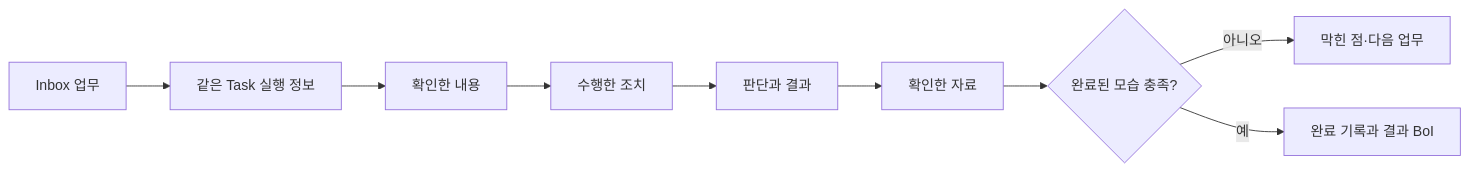
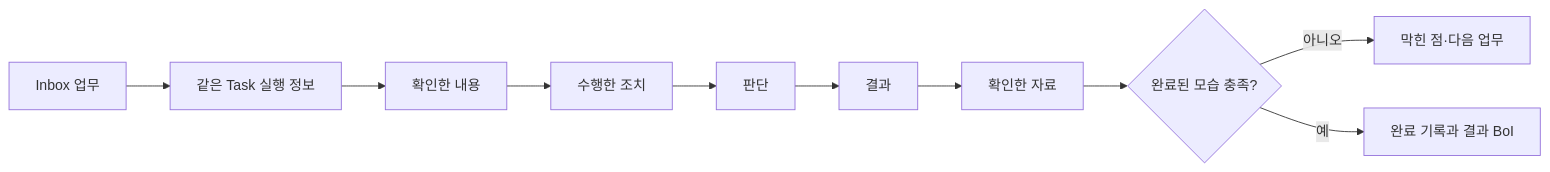
The first of 2 diagrams in data/boi/public/boi-wiki-manual/workflows/task-execution-ontology-guide.md (chokukil/boi-wiki), drawn with Mermaid before and after one commit. The commit also changed other lines of this file and 11 other files, not shown here.

````diff
--- a/data/boi/public/boi-wiki-manual/workflows/task-execution-ontology-guide.md
+++ b/data/boi/public/boi-wiki-manual/workflows/task-execution-ontology-guide.md
@@ -53,11 +54,12 @@
 ```mermaid
 flowchart LR
   INBOX["Inbox 업무"] --> SNAPSHOT["같은 Task 실행 정보"]
   SNAPSHOT --> OBSERVE["확인한 내용"]
   OBSERVE --> ACT["수행한 조치"]
-  ACT --> DECIDE["판단과 결과"]
-  DECIDE --> EVIDENCE["확인한 자료"]
+  ACT --> DECIDE["판단"]
+  DECIDE --> RESULT["결과"]
+  RESULT --> EVIDENCE["확인한 자료"]
   EVIDENCE --> VERIFY{"완료된 모습 충족?"}
   VERIFY -->|아니오| NEXT["막힌 점·다음 업무"]
   VERIFY -->|예| RECORD["완료 기록과 결과 BoI"]
 ```
````
